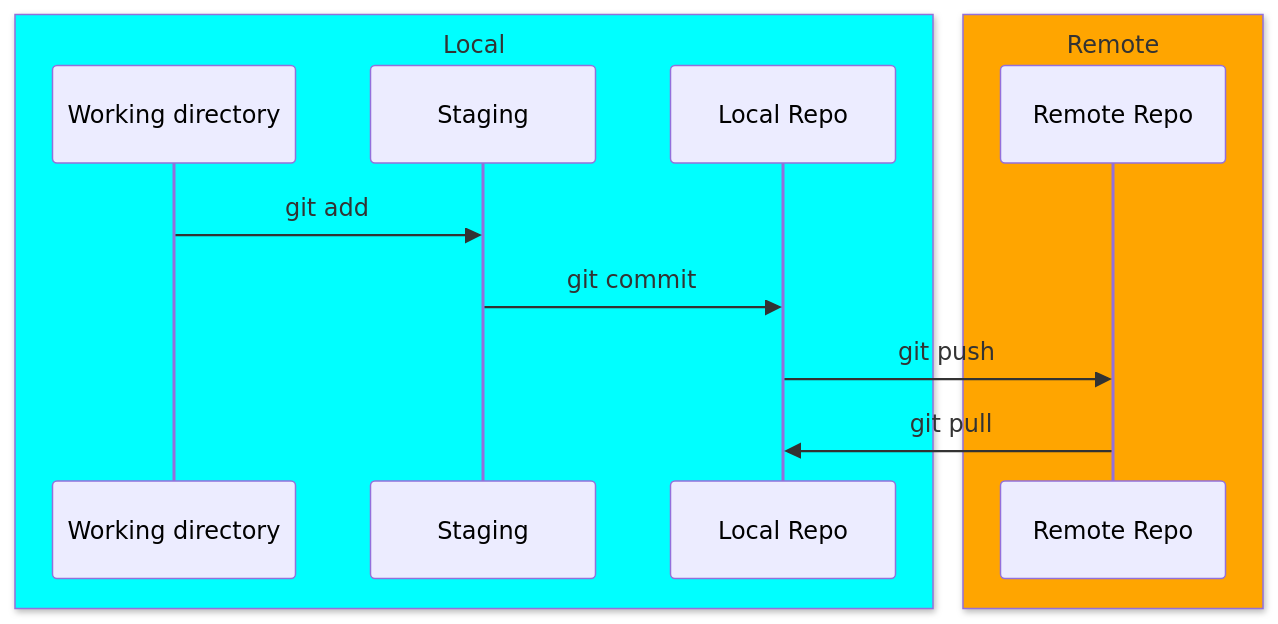
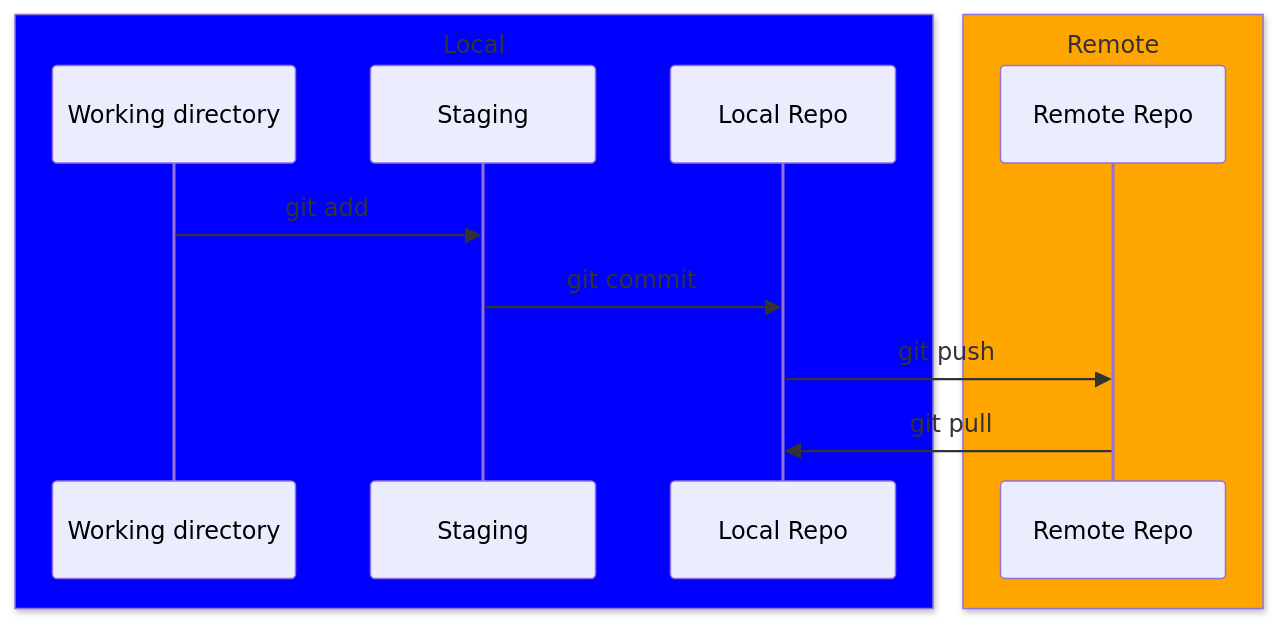
Before and after one commit to ClubCedille/Plateforme-Cedille: the diagram in wiki/docs/en/onboarding/tracks/learn-git/index.md, drawn with Mermaid. The commit also changed 1 other file, not shown here.

Commit message:
Added info about readme.md on github profil

````diff
--- a/wiki/docs/en/onboarding/tracks/learn-git/index.md
+++ b/wiki/docs/en/onboarding/tracks/learn-git/index.md
@@ -30,16 +30,16 @@
 ```mermaid
 sequenceDiagram
-box Aqua Local
+box Blue Local
     participant Working directory
     participant Staging
     participant Local Repo
 end
 box Orange Remote
     participant Remote Repo
 end
 
 Working directory->>Staging:git add
 Staging->>Local Repo: git commit
 Local Repo->>Remote Repo: git push
 Remote Repo->>Local Repo: git pull
 ```
````
